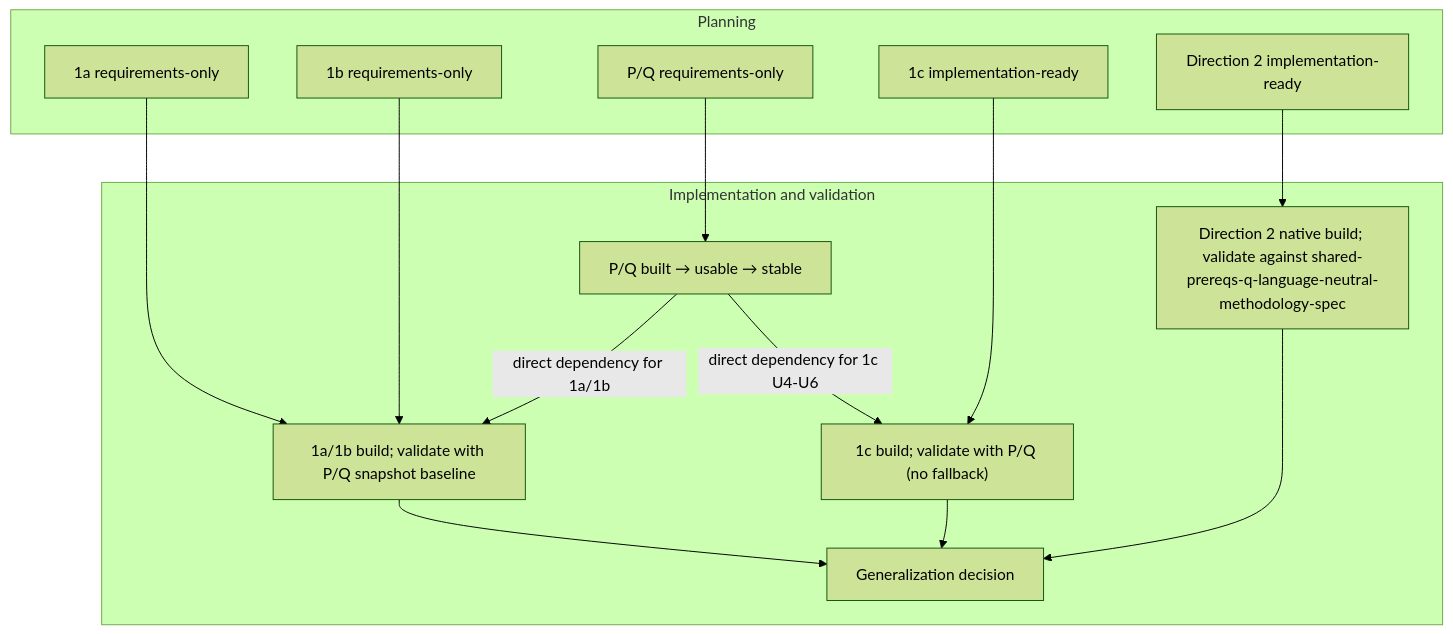
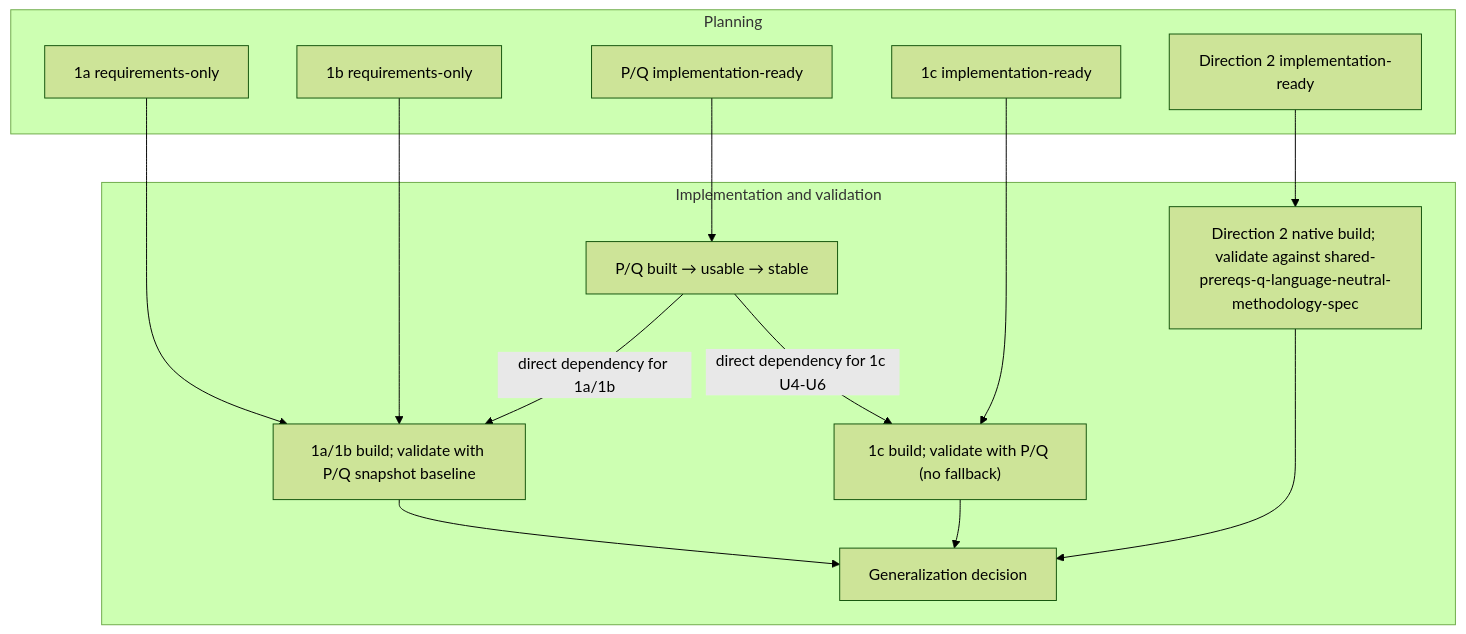
One commit to billf/convex-backend changed the third of 3 diagrams in docs/plans/planning-timeline.md. Above: the diagram before and after it, drawn with Mermaid (forest theme). The commit also changed other lines of this file and 3 other files, not shown here.

First line of the commit message:
Mark shared P/Q plan implementation-ready across the plan graph

````diff
--- a/docs/plans/planning-timeline.md
+++ b/docs/plans/planning-timeline.md
@@ -82,29 +82,29 @@
 ```mermaid
 flowchart TB
   subgraph Planning["Planning"]
     plan1a["1a requirements-only"]
     plan1b["1b requirements-only"]
-    planPQ["P/Q requirements-only"]
+    planPQ["P/Q implementation-ready"]
     plan1c["1c implementation-ready"]
     plan2["Direction 2 implementation-ready"]
   end
 
   subgraph Delivery["Implementation and validation"]
     d1["P/Q built → usable → stable"]
     d2["1a/1b build; validate with P/Q snapshot baseline"]
     d3["1c build; validate with P/Q (no fallback)"]
     d4["Direction 2 native build; validate against shared-prereqs-q-language-neutral-methodology-spec"]
     d5["Generalization decision"]
   end
 
   planPQ --> d1
   plan1a --> d2
   plan1b --> d2
   plan1c --> d3
   plan2 --> d4
   d1 -->|"direct dependency for 1a/1b"| d2
   d1 -->|"direct dependency for 1c U4-U6"| d3
   d2 --> d5
   d3 --> d5
   d4 --> d5
 ```
````
